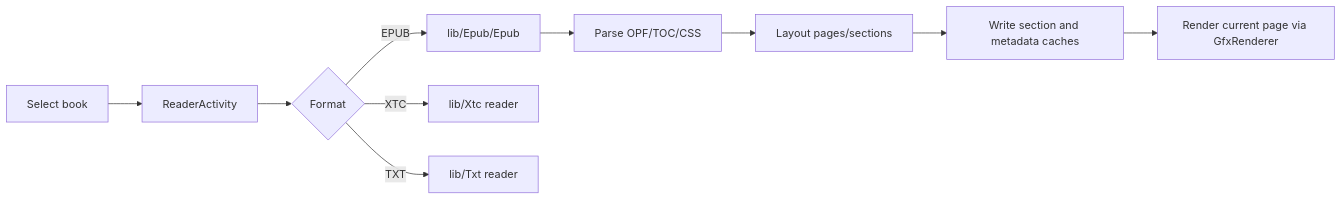
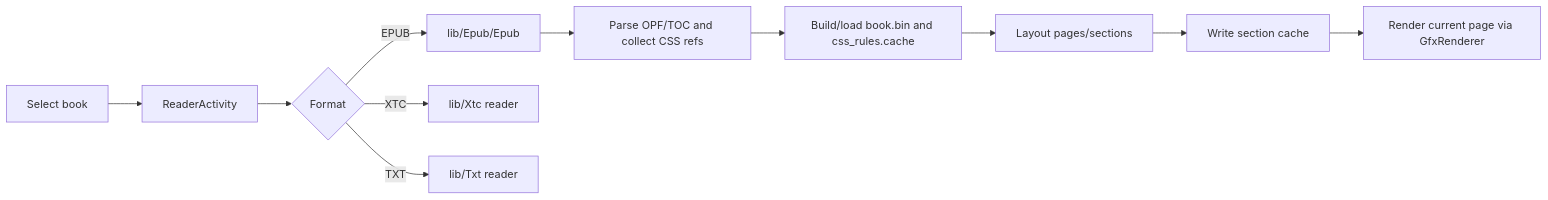
Before and after one commit to claritise/lexipoint: the third of 4 diagrams in firmware/docs/contributing/architecture.md, drawn with Mermaid. The commit also changed other lines of this file and 11 other files, not shown here.

````diff
--- a/firmware/docs/contributing/architecture.md
+++ b/firmware/docs/contributing/architecture.md
@@ -69,12 +70,13 @@
 ```mermaid
 flowchart LR
     A[Select book] --> B[ReaderActivity]
     B --> C{Format}
     C -->|EPUB| D[lib/Epub/Epub]
     C -->|XTC| E[lib/Xtc reader]
     C -->|TXT| F[lib/Txt reader]
-    D --> G[Parse OPF/TOC/CSS]
-    G --> H[Layout pages/sections]
-    H --> I[Write section and metadata caches]
-    I --> J[Render current page via GfxRenderer]
+    D --> G[Parse OPF/TOC and collect CSS refs]
+    G --> H[Build/load book.bin and css_rules.cache]
+    H --> I[Layout pages/sections]
+    I --> J[Write section cache]
+    J --> K[Render current page via GfxRenderer]
 ```
````
